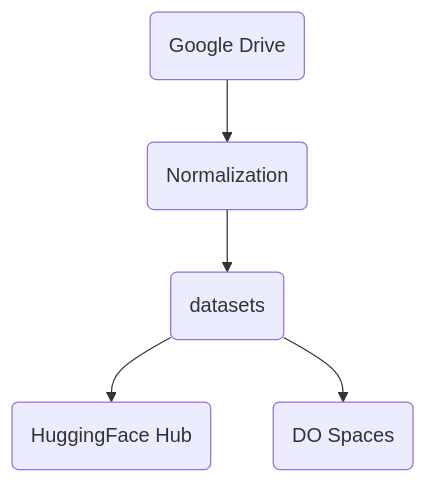
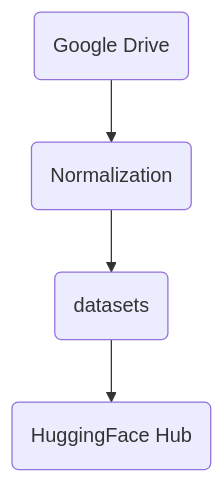
One commit to apjanco/lenticular changed the first of 2 diagrams in docs/workflow.md. Above: the diagram before and after it, drawn with Mermaid. The commit also changed other lines of this file and 1 other file, not shown here.

````diff
--- a/docs/workflow.md
+++ b/docs/workflow.md
@@ -6,7 +6,6 @@
 ```mermaid
 flowchart TB
     a("Google Drive") --> b("Normalization")
     b("Normalization") --> c("datasets")
     c("datasets") --> d("HuggingFace Hub")
-    c("datasets") --> e("DO Spaces")
 ```
````
